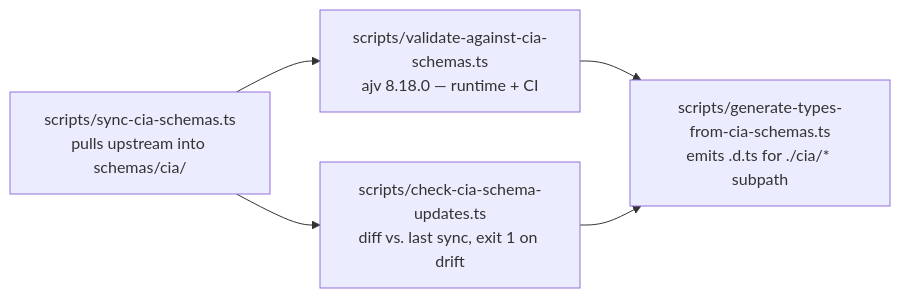
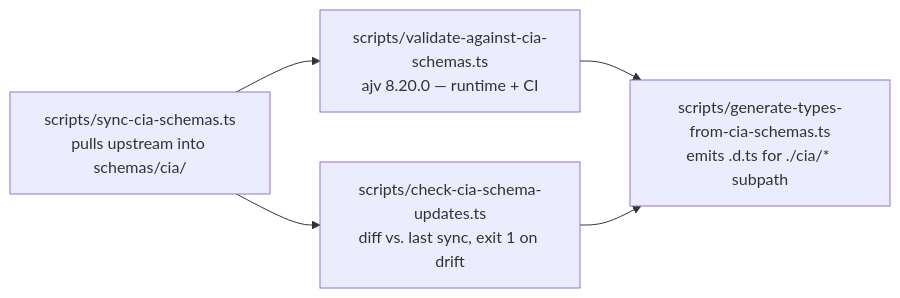
The sixth of 10 diagrams in DATA_MODEL.md (Hack23/riksdagsmonitor), drawn with Mermaid before and after one commit. The commit also changed other lines of this file and 6 other files, not shown here.

````diff
--- a/DATA_MODEL.md
+++ b/DATA_MODEL.md
@@ -1662,11 +1662,11 @@
 ```mermaid
 flowchart LR
     A[scripts/sync-cia-schemas.ts<br/>pulls upstream into schemas/cia/]
-    B[scripts/validate-against-cia-schemas.ts<br/>ajv 8.18.0 — runtime + CI]
+    B[scripts/validate-against-cia-schemas.ts<br/>ajv 8.20.0 — runtime + CI]
     C[scripts/check-cia-schema-updates.ts<br/>diff vs. last sync, exit 1 on drift]
     D[scripts/generate-types-from-cia-schemas.ts<br/>emits .d.ts for ./cia/* subpath]
     A --> B
     A --> C
     B --> D
     C --> D
 ```
````
